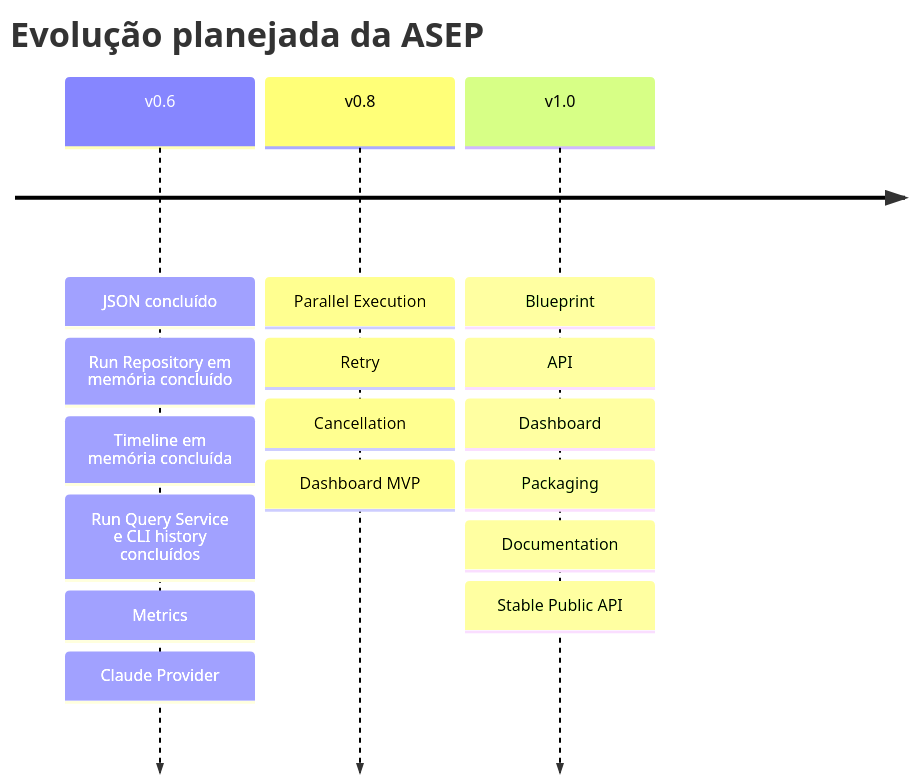
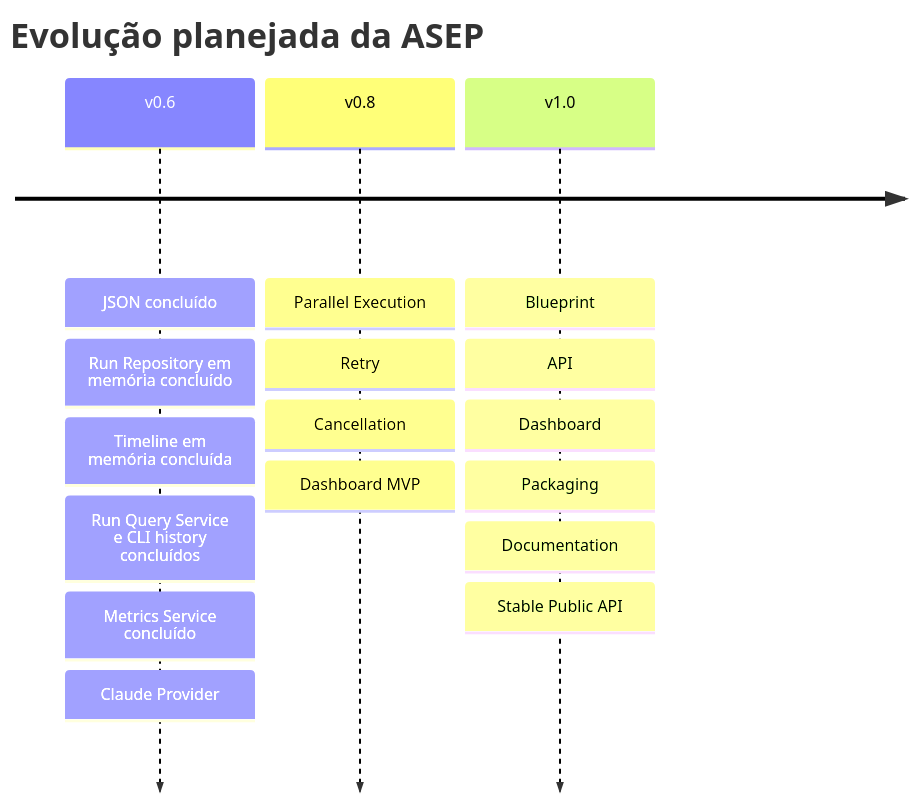
One commit to paul-92/fabrica-de-software changed the diagram in docs/architecture/Roadmap.md. Above: the diagram before and after it, drawn with Mermaid. The commit also changed other lines of this file and 7 other files, not shown here.

Commit message:
feat: add execution metrics service

````diff
--- a/docs/architecture/Roadmap.md
+++ b/docs/architecture/Roadmap.md
@@ -8,20 +8,20 @@
 ```mermaid
 timeline
     title Evolução planejada da ASEP
     v0.6 : JSON concluído
          : Run Repository em memória concluído
          : Timeline em memória concluída
          : Run Query Service e CLI history concluídos
-         : Metrics
+         : Metrics Service concluído
          : Claude Provider
     v0.8 : Parallel Execution
          : Retry
          : Cancellation
          : Dashboard MVP
     v1.0 : Blueprint
          : API
          : Dashboard
          : Packaging
          : Documentation
          : Stable Public API
 ```
````
